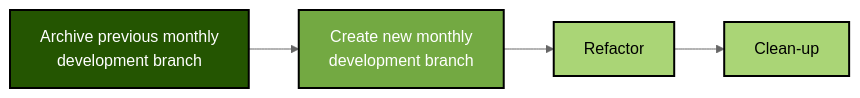
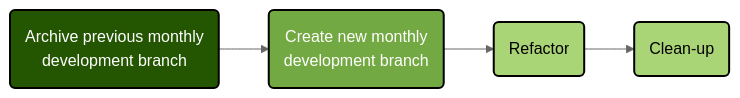
One commit to spectrum-health-systems/Abatab changed the second of 3 diagrams in README_development.md. Above: the diagram before and after it, drawn with Mermaid (neutral theme).

````diff
--- a/README_development.md
+++ b/README_development.md
@@ -89,16 +89,16 @@
 ```mermaid
 flowchart LR
-  ArchivePreviousMonthlyDevelopmentBranch["Archive previous monthly\n development branch"] --> CreateNewMonthlyDevelopmentBranch[Create new monthly\ndevelopment branch]
-  CreateNewMonthlyDevelopmentBranch --> Refactor[Refactor] --> CleanUp[Clean-up]
+  ArchivePreviousMonthlyDevelopmentBranch("Archive previous monthly\n development branch") --> CreateNewMonthlyDevelopmentBranch(Create new monthly\ndevelopment branch)
+  CreateNewMonthlyDevelopmentBranch --> Refactor(Refactor) --> CleanUp(Clean-up)
   
   %%classDef Green1A4301BlackBlack fill:#1A4301, color:#000000, stroke:#000000,stroke-width:2px
   classDef Green245501WhiteBlack fill:#245501, color:#FFFFFF, stroke:#000000,stroke-width:2px
   classDef Green73A942WhiteBlack fill:#73A942, color:#FFFFFF, stroke:#000000,stroke-width:2px
   classDef GreenAAD576BlackBlack fill:#AAD576, color:#000000, stroke:#000000,stroke-width:2px
   classDef WhiteBlackBlack fill:#FFFFFF, color:#000000, stroke:#000000,stroke-width:2px
   
   class ArchivePreviousMonthlyDevelopmentBranch Green245501WhiteBlack
   class CreateNewMonthlyDevelopmentBranch Green73A942WhiteBlack
   class Refactor,CleanUp GreenAAD576BlackBlack
   class FirstDayOfTheMonth WhiteBlackBlack
 ```
````
